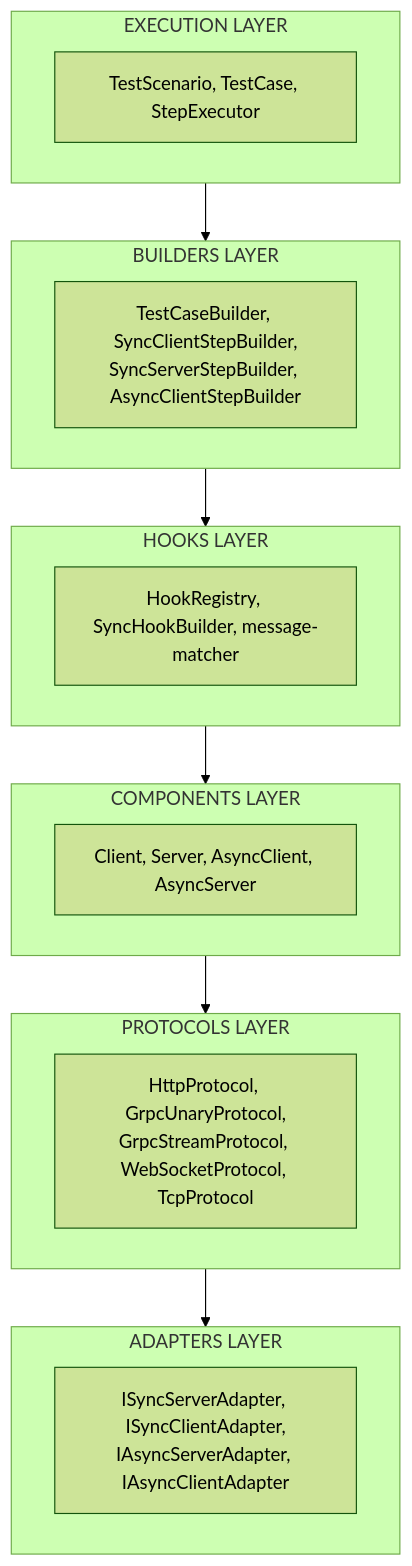
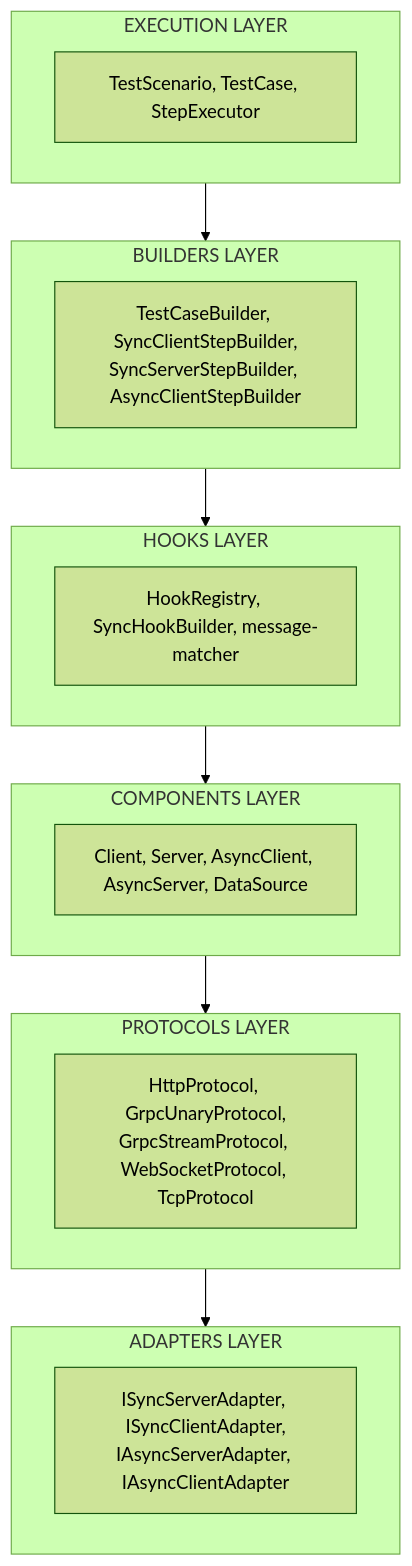
Before and after one commit to udamir/testurio: the diagram in README.md, drawn with Mermaid (forest theme). The commit also changed other lines of this file and 32 other files, not shown here.

````diff
--- a/README.md
+++ b/README.md
@@ -401,32 +488,32 @@
 ```mermaid
 graph TB
     subgraph Execution["EXECUTION LAYER"]
         E[TestScenario, TestCase, StepExecutor]
     end
 
     subgraph Builders["BUILDERS LAYER"]
         B[TestCaseBuilder, SyncClientStepBuilder,<br/>SyncServerStepBuilder, AsyncClientStepBuilder]
     end
 
     subgraph Hooks["HOOKS LAYER"]
         H[HookRegistry, SyncHookBuilder, message-matcher]
     end
 
     subgraph Components["COMPONENTS LAYER"]
-        C[Client, Server, AsyncClient, AsyncServer]
+        C[Client, Server, AsyncClient, AsyncServer, DataSource]
     end
 
     subgraph Protocols["PROTOCOLS LAYER"]
         P[HttpProtocol, GrpcUnaryProtocol,<br/>GrpcStreamProtocol, WebSocketProtocol, TcpProtocol]
     end
 
     subgraph Adapters["ADAPTERS LAYER"]
         A[ISyncServerAdapter, ISyncClientAdapter,<br/>IAsyncServerAdapter, IAsyncClientAdapter]
     end
 
     Execution --> Builders
     Builders --> Hooks
     Hooks --> Components
     Components --> Protocols
     Protocols --> Adapters
 ```
````
